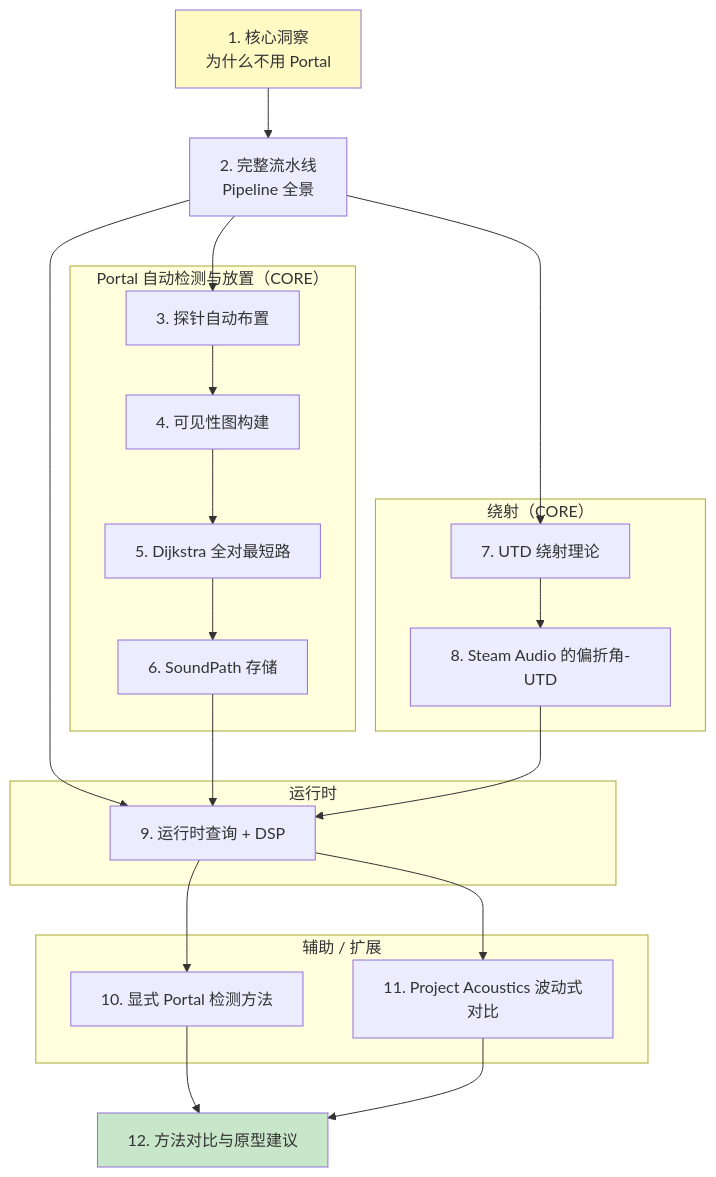
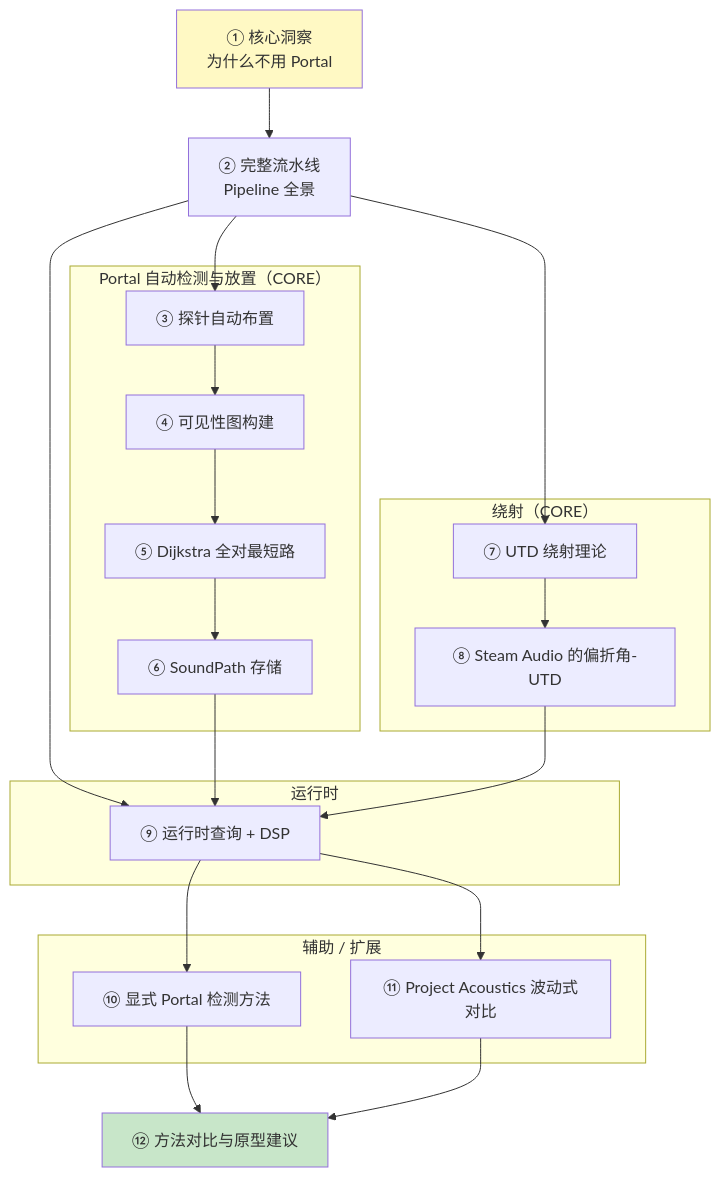
The second of 2 diagrams in projects/acoustic-portal-baking/index.md (ohday/BranKm), drawn with Mermaid before and after one commit. The commit also changed 121 other files, not shown here.

````diff
--- a/projects/acoustic-portal-baking/index.md
+++ b/projects/acoustic-portal-baking/index.md
@@ -33,47 +33,47 @@
 ```mermaid
 flowchart TD
-    P1["1. 核心洞察<br/>为什么不用 Portal"]
-    P2["2. 完整流水线<br/>Pipeline 全景"]
+    P1["① 核心洞察<br/>为什么不用 Portal"]
+    P2["② 完整流水线<br/>Pipeline 全景"]
 
     P1 --> P2
 
     subgraph DETECT["Portal 自动检测与放置（CORE）"]
-        P3["3. 探针自动布置"]
-        P4["4. 可见性图构建"]
-        P5["5. Dijkstra 全对最短路"]
-        P6["6. SoundPath 存储"]
+        P3["③ 探针自动布置"]
+        P4["④ 可见性图构建"]
+        P5["⑤ Dijkstra 全对最短路"]
+        P6["⑥ SoundPath 存储"]
     end
 
     subgraph DIFFRACT["绕射（CORE）"]
-        P7["7. UTD 绕射理论"]
-        P8["8. Steam Audio 的偏折角-UTD"]
+        P7["⑦ UTD 绕射理论"]
+        P8["⑧ Steam Audio 的偏折角-UTD"]
     end
 
     subgraph RUNTIME["运行时"]
-        P9["9. 运行时查询 + DSP"]
+        P9["⑨ 运行时查询 + DSP"]
     end
 
     subgraph OPTIONAL["辅助 / 扩展"]
-        P10["10. 显式 Portal 检测方法"]
-        P11["11. Project Acoustics 波动式对比"]
+        P10["⑩ 显式 Portal 检测方法"]
+        P11["⑪ Project Acoustics 波动式对比"]
     end
 
-    P12["12. 方法对比与原型建议"]
+    P12["⑫ 方法对比与原型建议"]
 
     P2 --> P3
     P2 --> P7
     P2 --> P9
 
     P3 --> P4 --> P5 --> P6
     P7 --> P8
     P6 --> P9
     P8 --> P9
 
     P9 --> P10
     P9 --> P11
     P10 --> P12
     P11 --> P12
 
     style P1 fill:#fff9c4
     style P12 fill:#c8e6c9
 ```
````
